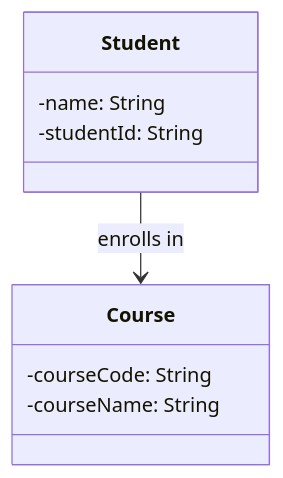
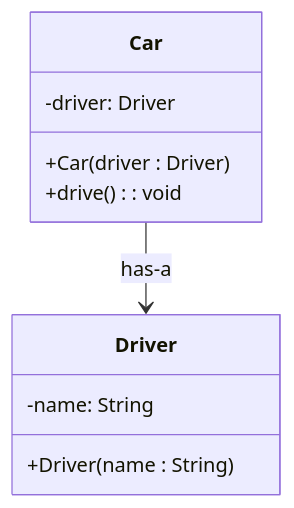
Before and after one commit to krishjha1121/Prep: the ninth of 18 diagrams in LLD/01-fundamentals/03-uml-basics.md, drawn with Mermaid. The commit also changed other lines of this file and 5 other files, not shown here.

````diff
--- a/LLD/01-fundamentals/03-uml-basics.md
+++ b/LLD/01-fundamentals/03-uml-basics.md
@@ -276,14 +293,16 @@
 ```mermaid
+%%{init: {'theme': 'default', 'layout': 'lr'}}%%
 classDiagram
-    class Student {
-        -name: String
-        -studentId: String
+    class Car {
+        -driver: Driver
+        +Car(driver : Driver)
+        +drive(): void
     }
 
-    class Course {
-        -courseCode: String
-        -courseName: String
+    class Driver {
+        -name: String
+        +Driver(name : String)
     }
 
-    Student --> Course : enrolls in
+    Car --> Driver : has-a
 ```
````
